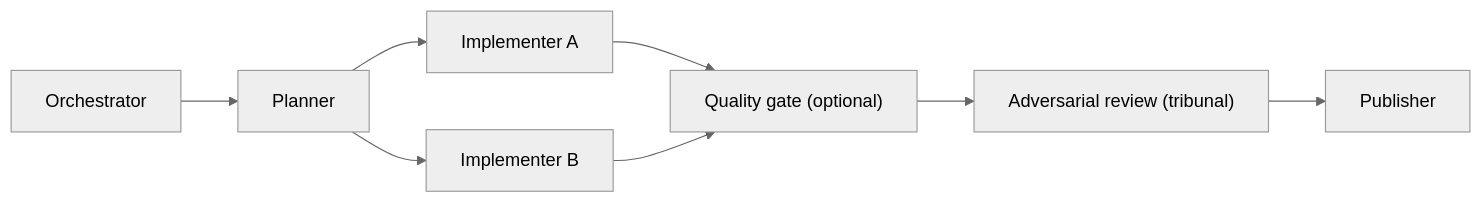
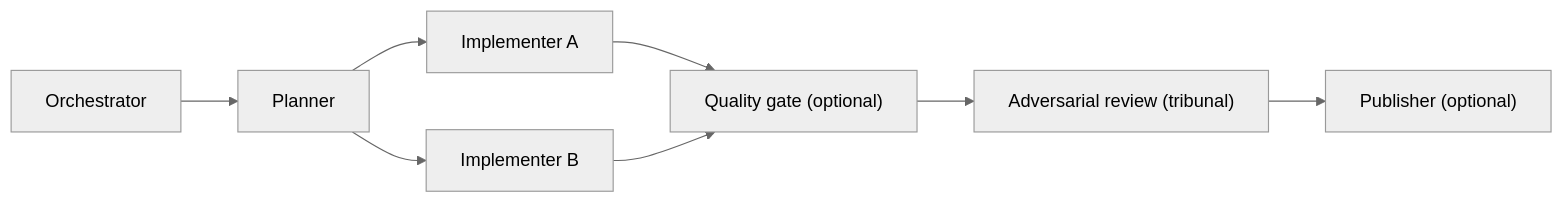
The second of 7 diagrams in plugins/agent-authoring/.apm/skills/agent-graph-orchestration/references/topologies.md (NetFabric/intelligentium), drawn with Mermaid (neutral theme) before and after one commit. The commit also changed other lines of this file and 6 other files, not shown here.

Commit message:
fix: update agent-authoring version to 0.10.1 and enhance documentation for optional publisher role

````diff
--- a/plugins/agent-authoring/.apm/skills/agent-graph-orchestration/references/topologies.md
+++ b/plugins/agent-authoring/.apm/skills/agent-graph-orchestration/references/topologies.md
@@ -29,10 +34,10 @@
 ```mermaid
 flowchart LR
     Orchestrator --> Planner
     Planner --> ImplementerA["Implementer A"]
     Planner --> ImplementerB["Implementer B"]
     ImplementerA --> QualityGate["Quality gate (optional)"]
     ImplementerB --> QualityGate
     QualityGate --> Reviewer["Adversarial review (tribunal)"]
-    Reviewer --> Publisher
+    Reviewer --> Publisher["Publisher (optional)"]
 ```
````
